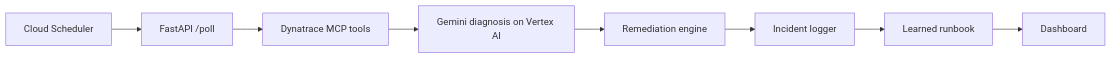
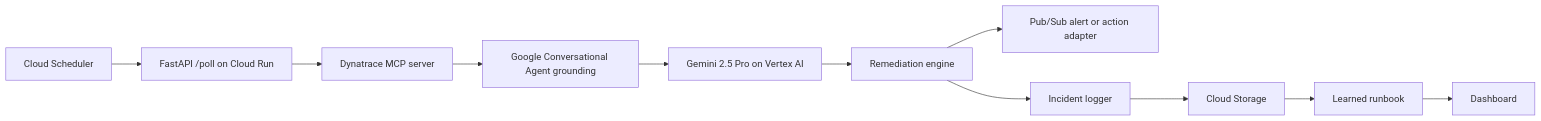
One commit to paragghosh99/opspilot-dynatrace changed the diagram in README.md. Above: the diagram before and after it, drawn with Mermaid. The commit also changed other lines of this file and 16 other files, not shown here.

````diff
--- a/README.md
+++ b/README.md
@@ -54,10 +37,13 @@
 ```mermaid
 flowchart LR
-  A["Cloud Scheduler"] --> B["FastAPI /poll"]
-  B --> C["Dynatrace MCP tools"]
-  C --> D["Gemini diagnosis on Vertex AI"]
-  D --> E["Remediation engine"]
-  E --> F["Incident logger"]
-  F --> G["Learned runbook"]
-  G --> H["Dashboard"]
+  A["Cloud Scheduler"] --> B["FastAPI /poll on Cloud Run"]
+  B --> C["Dynatrace MCP server"]
+  C --> D["Google Conversational Agent grounding"]
+  D --> E["Gemini 2.5 Pro on Vertex AI"]
+  E --> F["Remediation engine"]
+  F --> G["Pub/Sub alert or action adapter"]
+  F --> H["Incident logger"]
+  H --> I["Cloud Storage"]
+  I --> J["Learned runbook"]
+  J --> K["Dashboard"]
 ```
````
